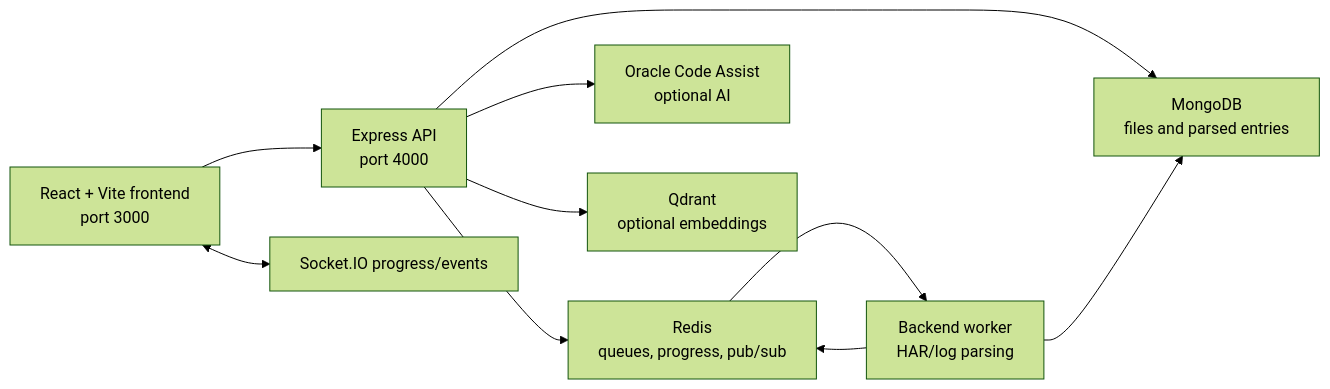
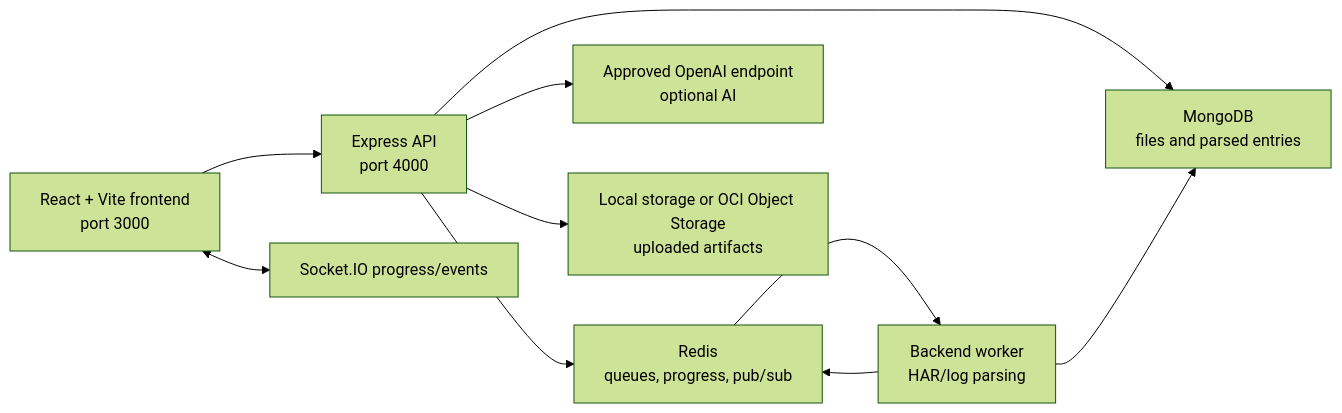
One commit to swarnim-sawane/HAR-File-Analyser changed the diagram in README.md. Above: the diagram before and after it, drawn with Mermaid (forest theme). The commit also changed other lines of this file and 64 other files, not shown here.

````diff
--- a/README.md
+++ b/README.md
@@ -33,12 +32,12 @@
 ```mermaid
 flowchart LR
     Browser["React + Vite frontend\nport 3000"] --> API["Express API\nport 4000"]
     Browser <--> Socket["Socket.IO progress/events"]
     API --> Redis["Redis\nqueues, progress, pub/sub"]
     API --> Mongo["MongoDB\nfiles and parsed entries"]
     Redis --> Worker["Backend worker\nHAR/log parsing"]
     Worker --> Mongo
     Worker --> Redis
-    API --> OCA["Oracle Code Assist\noptional AI"]
-    API --> Qdrant["Qdrant\noptional embeddings"]
+    API --> OpenAI["Approved OpenAI endpoint\noptional AI"]
+    API --> Artifacts["Local storage or OCI Object Storage\nuploaded artifacts"]
 ```
````
